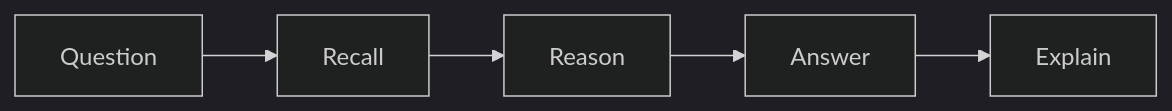
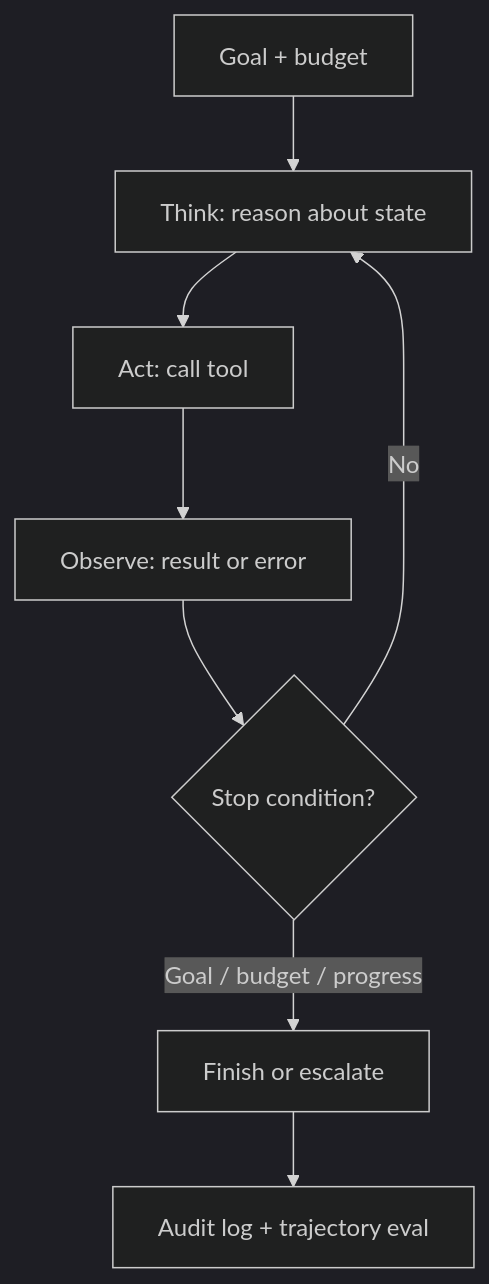
The diagram in quizzes/18-agents-quiz.md (Icon1cc/Machine-Learning), drawn with Mermaid (dark theme) before and after one commit. The commit also changed other lines of this file and 264 other files, not shown here.

````diff
--- a/quizzes/18-agents-quiz.md
+++ b/quizzes/18-agents-quiz.md
@@ -81,7 +145,10 @@
 ```mermaid
-flowchart LR
-    A[Question] --> B[Recall]
-    B --> C[Reason]
-    C --> D[Answer]
-    D --> E[Explain]
+flowchart TD
+    A[Goal + budget] --> B[Think: reason about state]
+    B --> C[Act: call tool]
+    C --> D[Observe: result or error]
+    D --> E{Stop condition?}
+    E -- Goal / budget / progress --> F[Finish or escalate]
+    E -- No --> B
+    F --> G[Audit log + trajectory eval]
 ```
````
